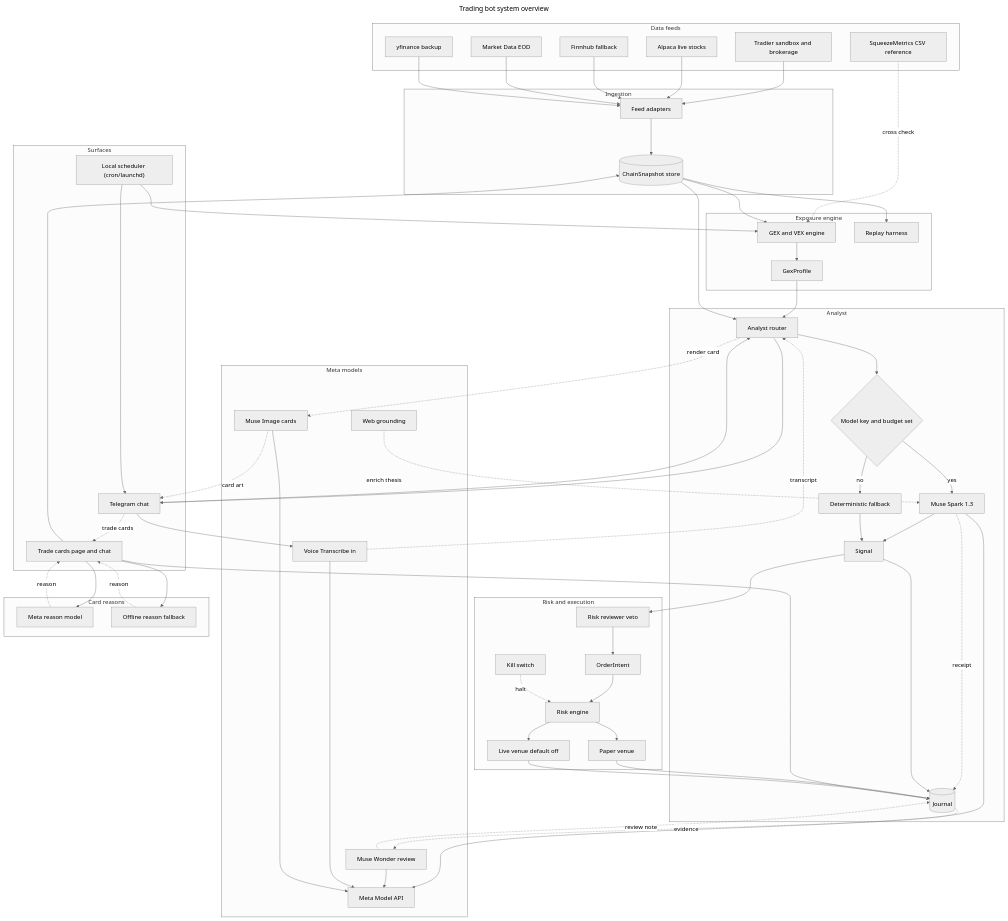
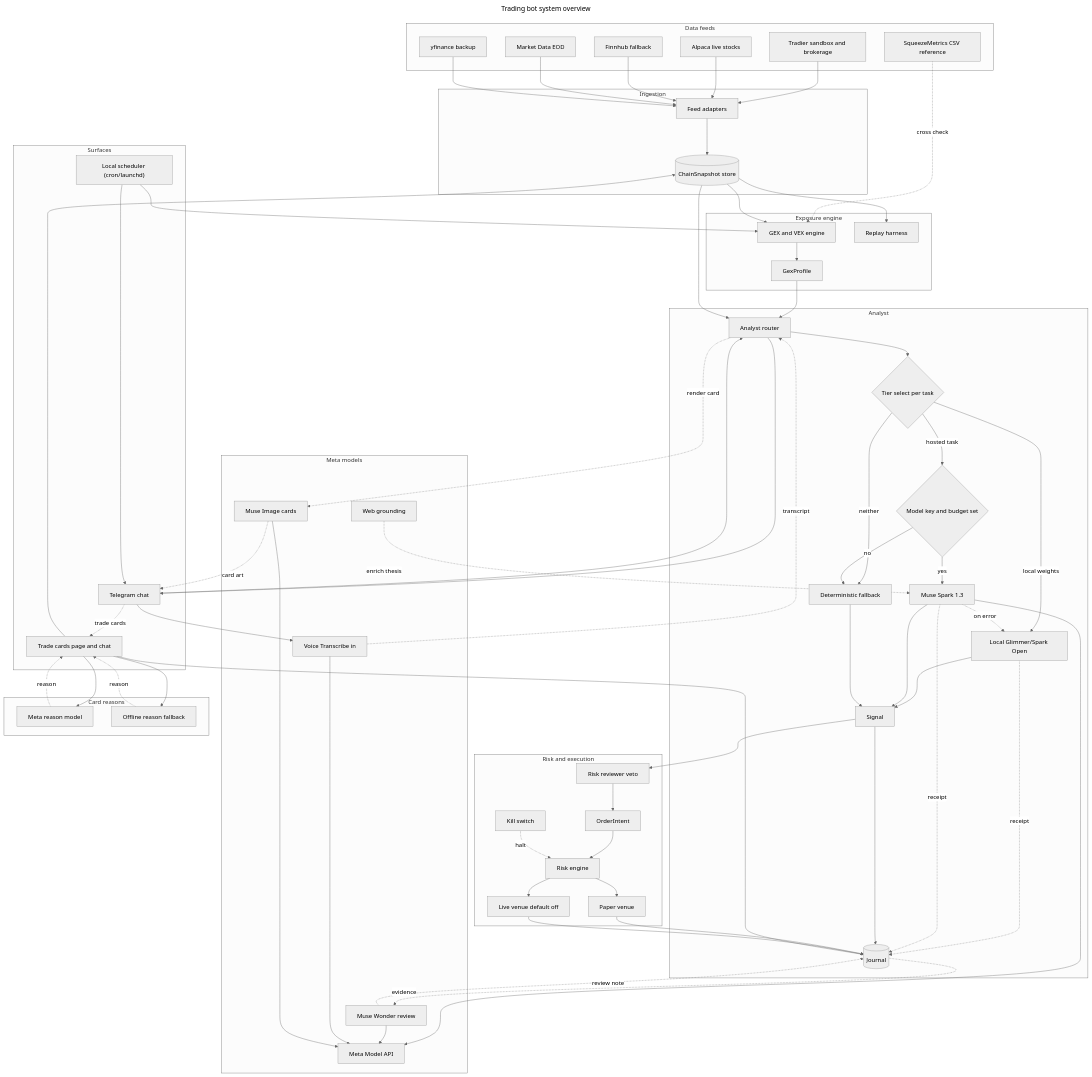
Before and after one commit to oherna25/trading_bot_project: the diagram in diagrams/01-system-overview.mmd, drawn with Mermaid (neutral theme). The commit also changed 36 other files, not shown here.

```diff
--- a/diagrams/01-system-overview.mmd
+++ b/diagrams/01-system-overview.mmd
@@ -1,110 +1,118 @@
 ---
 title: Trading bot system overview
 ---
 flowchart TB
     subgraph FEEDS["Data feeds"]
         TRADIER["Tradier sandbox and brokerage"]
         ALPACA["Alpaca live stocks"]
         FINNHUB["Finnhub fallback"]
         EOD["Market Data EOD"]
         YF["yfinance backup"]
         SQZ["SqueezeMetrics CSV reference"]
     end
 
     subgraph INGEST["Ingestion"]
         ADAPT["Feed adapters"]
         STORE[("ChainSnapshot store")]
     end
 
     subgraph ENGINE["Exposure engine"]
         GEX["GEX and VEX engine"]
         PROF["GexProfile"]
         REPLAY["Replay harness"]
     end
 
     subgraph BRAIN["Analyst"]
         LLM["Analyst router"]
+        TIER{"Tier select per task"}
         BUDG{"Model key and budget set"}
         SPARK["Muse Spark 1.3"]
+        LOCAL["Local Glimmer/Spark Open"]
         FALL["Deterministic fallback"]
         SIG["Signal"]
         JOUR[("Journal")]
     end
 
     subgraph MODELS["Meta models"]
         API["Meta Model API"]
         GROUND["Web grounding"]
         VOICE["Voice Transcribe in"]
         IMG["Muse Image cards"]
         WONDER["Muse Wonder review"]
     end
 
     subgraph RISK["Risk and execution"]
         REV["Risk reviewer veto"]
         INTENT["OrderIntent"]
         RENG["Risk engine"]
         PAPER["Paper venue"]
         LIVE["Live venue default off"]
         KILL["Kill switch"]
     end
 
     subgraph SURF["Surfaces"]
         CHAT["Telegram chat"]
         CARDS["Trade cards page and chat"]
         CRON["Local scheduler (cron/launchd)"]
     end
 
     subgraph REAS["Card reasons"]
         META_REASON["Meta reason model"]
         RFALL["Offline reason fallback"]
     end
 
     TRADIER --> ADAPT
     ALPACA --> ADAPT
     FINNHUB --> ADAPT
     EOD --> ADAPT
     YF --> ADAPT
     SQZ -. cross check .-> GEX
     ADAPT --> STORE
     STORE --> GEX
     GEX --> PROF
     STORE --> REPLAY
     PROF --> LLM
     STORE --> LLM
-    LLM --> BUDG
+    LLM --> TIER
+    TIER -->|hosted task| BUDG
+    TIER -->|local weights| LOCAL
+    TIER -->|neither| FALL
     BUDG -->|yes| SPARK
     BUDG -->|no| FALL
     SPARK --> API
+    SPARK -. on error .-> LOCAL
+    LOCAL --> SIG
+    LOCAL -. receipt .-> JOUR
     GROUND -. enrich thesis .-> SPARK
     SPARK --> SIG
     FALL --> SIG
     SPARK -. receipt .-> JOUR
     SIG --> JOUR
     SIG --> REV
     REV --> INTENT
     INTENT --> RENG
     RENG --> PAPER
     RENG --> LIVE
     PAPER --> JOUR
     LIVE --> JOUR
     KILL -. halt .-> RENG
     JOUR -. evidence .-> WONDER
     WONDER --> API
     WONDER -. review note .-> JOUR
     CHAT --> VOICE
     VOICE --> API
     VOICE -. transcript .-> LLM
     LLM -. render card .-> IMG
     IMG --> API
     IMG -. card art .-> CHAT
     CRON --> GEX
     CRON --> CHAT
     CHAT --> LLM
     LLM --> CHAT
     CHAT -. trade cards .-> CARDS
     CARDS --> STORE
     CARDS --> JOUR
     CARDS --> META_REASON
     CARDS --> RFALL
     META_REASON -. reason .-> CARDS
     RFALL -. reason .-> CARDS
```
